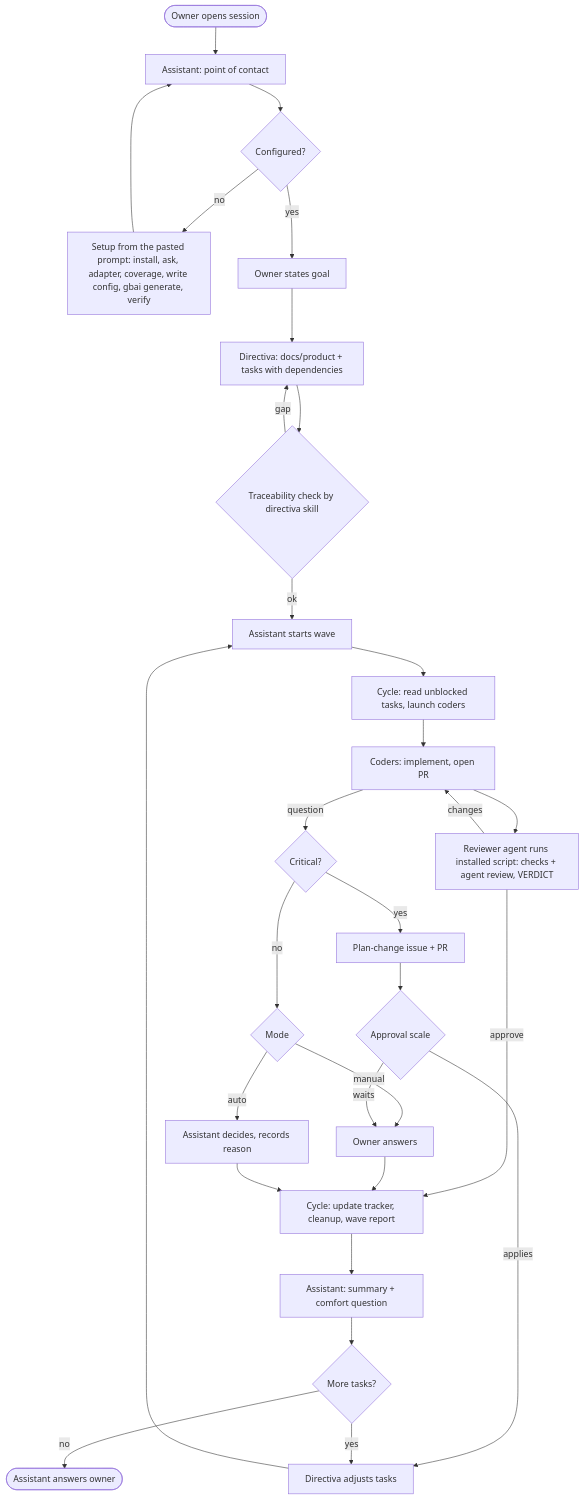
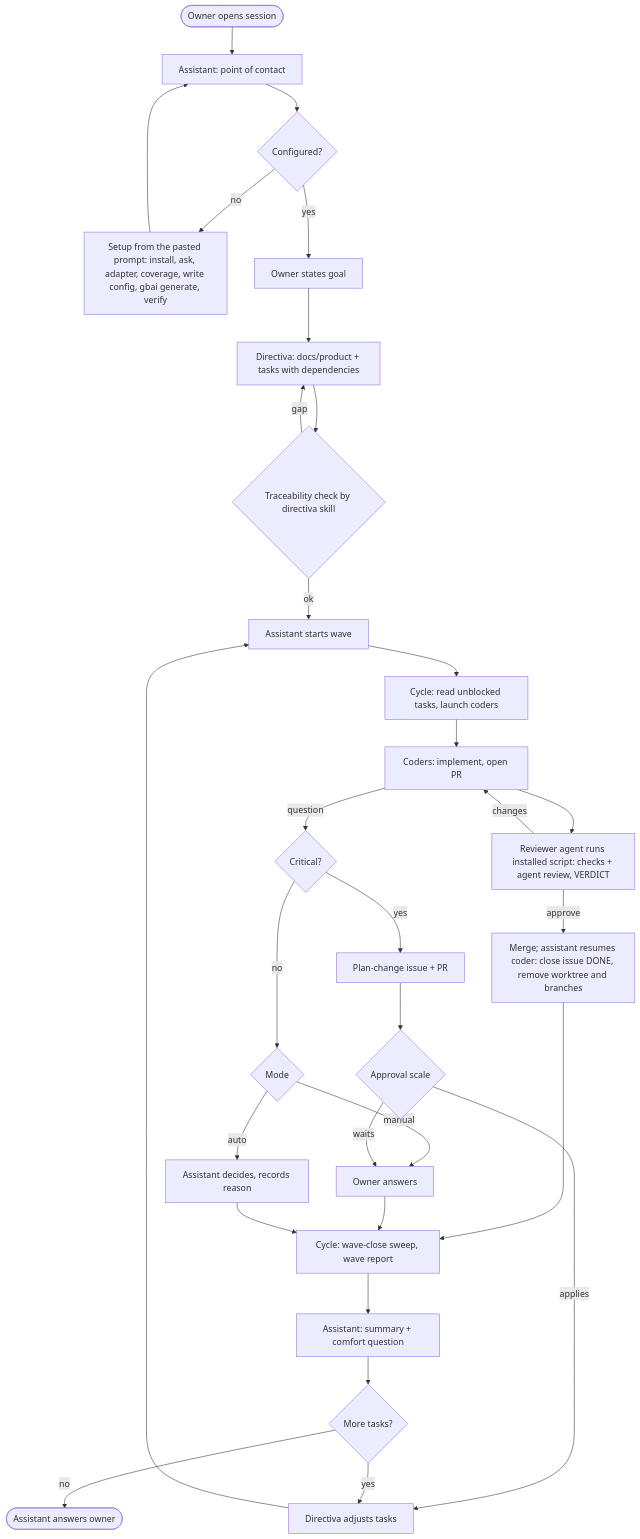
Before and after one commit to testeos-z/gabo-ai: the diagram in docs/product/APP_FLOW.md, drawn with Mermaid. The commit also changed other lines of this file and 4 other files, not shown here.

First line of the commit message:
docs(product): let the owning coder close its task after merge (D23)

````diff
--- a/docs/product/APP_FLOW.md
+++ b/docs/product/APP_FLOW.md
@@ -211,32 +212,33 @@
 ```mermaid
 flowchart TD
   start([Owner opens session]) --> asis[Assistant: point of contact]
   asis --> cfg{Configured?}
   cfg -- no --> setup[Setup from the pasted prompt: install, ask, adapter, coverage, write config, gbai generate, verify]
   setup --> asis
   cfg -- yes --> goal[Owner states goal]
   goal --> plan[Directiva: docs/product + tasks with dependencies]
   plan --> trace{Traceability check by directiva skill}
   trace -- gap --> plan
   trace -- ok --> wave[Assistant starts wave]
   wave --> cycle[Cycle: read unblocked tasks, launch coders]
   cycle --> coders[Coders: implement, open PR]
   coders --> review[Reviewer agent runs installed script: checks + agent review, VERDICT]
   review -- changes --> coders
-  review -- approve --> report[Cycle: update tracker, cleanup, wave report]
+  review -- approve --> taskclose[Merge; assistant resumes coder: close issue DONE, remove worktree and branches]
+  taskclose --> report[Cycle: wave-close sweep, wave report]
   coders -- question --> q{Critical?}
   q -- no --> mode{Mode}
   mode -- manual --> owner[Owner answers]
   mode -- auto --> rec[Assistant decides, records reason]
   q -- yes --> pc[Plan-change issue + PR]
   pc --> scale{Approval scale}
   scale -- applies --> adjust
   scale -- waits --> owner
   owner --> report
   rec --> report
   report --> close[Assistant: summary + comfort question]
   close --> more{More tasks?}
   more -- yes --> adjust[Directiva adjusts tasks]
   adjust --> wave
   more -- no --> done([Assistant answers owner])
 ```
````
